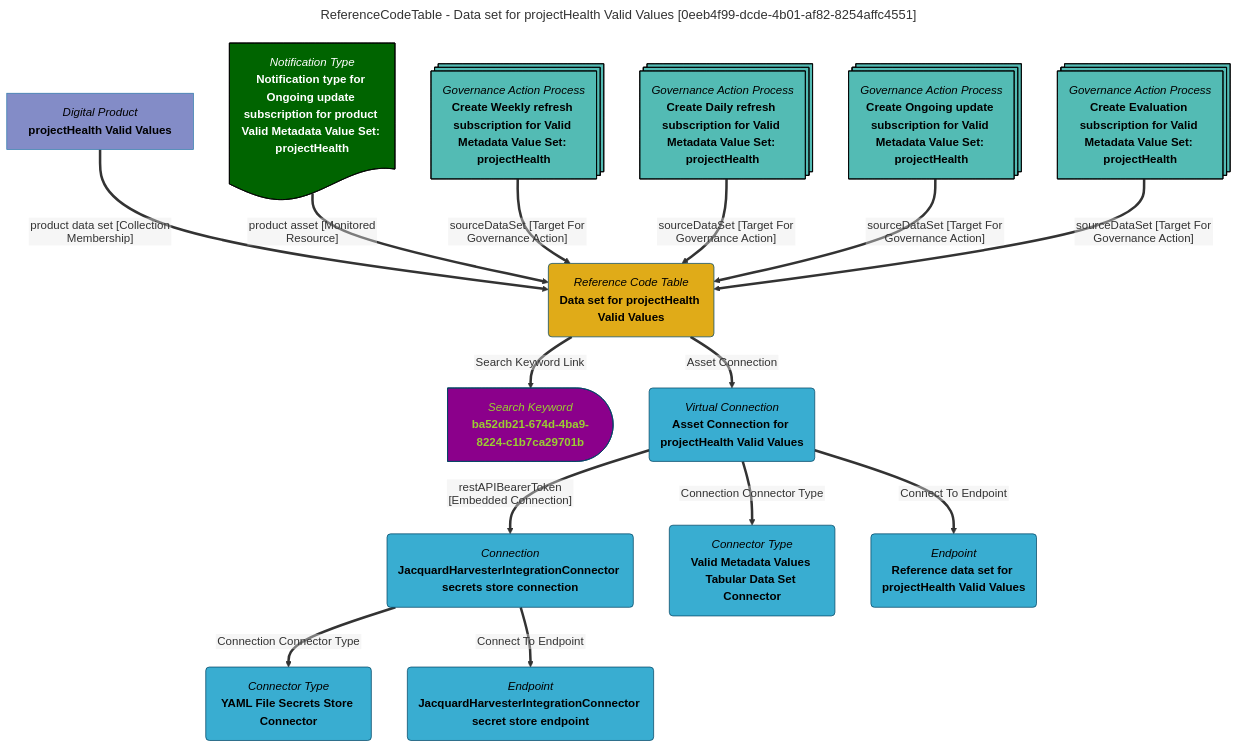
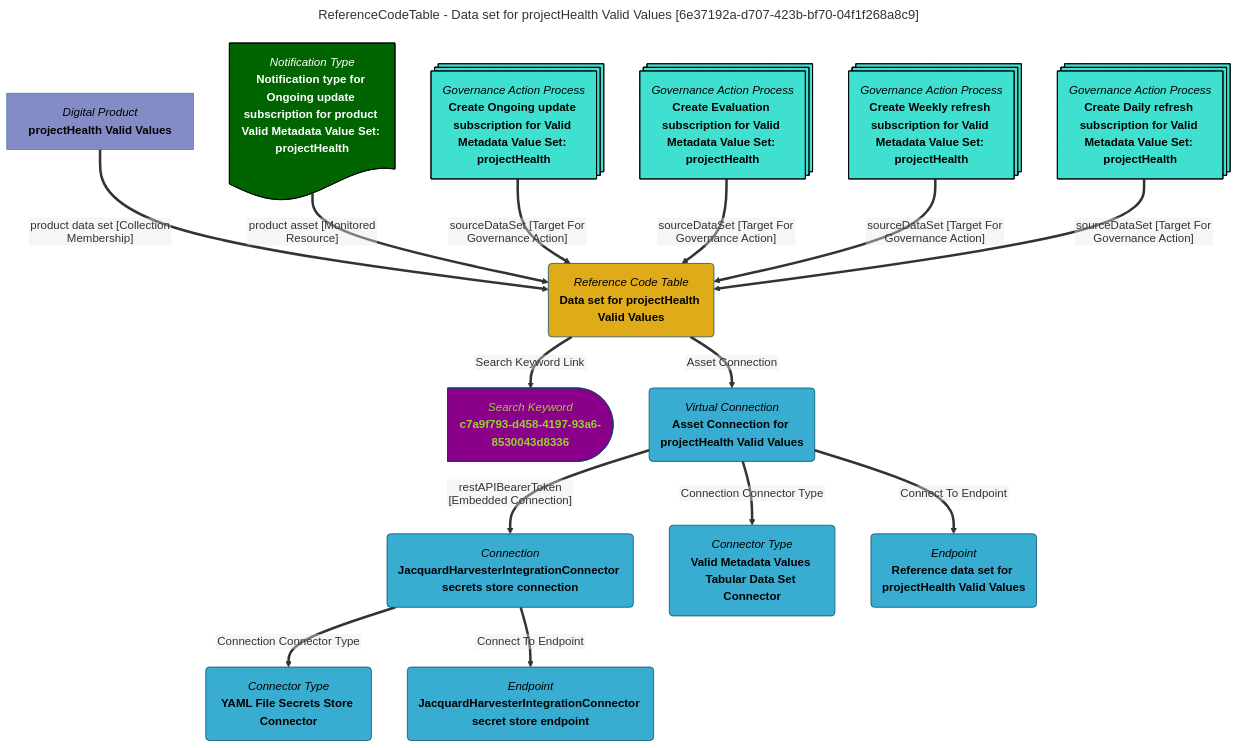
One commit to odpi/egeria-docs changed the diagram in site/snippets/data-assets/data-set-for-projecthealth-valid-values-mermaid-graph.md. Above: the diagram before and after it, drawn with Mermaid. The commit also changed 2201 other files, not shown here.

````diff
--- a/site/snippets/data-assets/data-set-for-projecthealth-valid-values-mermaid-graph.md
+++ b/site/snippets/data-assets/data-set-for-projecthealth-valid-values-mermaid-graph.md
@@ -1,63 +1,63 @@
 ```mermaid
 ---
-title: ReferenceCodeTable - Data set for projectHealth Valid Values [0eeb4f99-dcde-4b01-af82-8254affc4551]
+title: ReferenceCodeTable - Data set for projectHealth Valid Values [6e37192a-d707-423b-bf70-04f1f268a8c9]
 ---
 flowchart TD
 %%{init: {"flowchart": {"htmlLabels": false}} }%%
 
 1@{ shape: rounded, label: "*Reference Code Table*
 **Data set for projectHealth Valid Values**"}
 2@{ shape: delay, label: "*Search Keyword*
-**ba52db21-674d-4ba9-8224-c1b7ca29701b**"}
+**c7a9f793-d458-4197-93a6-8530043d8336**"}
 1==>|"Search Keyword Link"|2
 3@{ shape: rect, label: "*Digital Product*
 **projectHealth Valid Values**"}
 3==>|"product data set [Collection Membership]"|1
 4@{ shape: rounded, label: "*Virtual Connection*
 **Asset Connection for projectHealth Valid Values**"}
 1==>|"Asset Connection"|4
 5@{ shape: rounded, label: "*Connection*
 **JacquardHarvesterIntegrationConnector secrets store connection**"}
 4==>|"restAPIBearerToken [Embedded Connection]"|5
 6@{ shape: rounded, label: "*Connector Type*
 **YAML File Secrets Store Connector**"}
 5==>|"Connection Connector Type"|6
 7@{ shape: rounded, label: "*Endpoint*
 **JacquardHarvesterIntegrationConnector secret store endpoint**"}
 5==>|"Connect To Endpoint"|7
 8@{ shape: rounded, label: "*Connector Type*
 **Valid Metadata Values Tabular Data Set Connector**"}
 4==>|"Connection Connector Type"|8
 9@{ shape: rounded, label: "*Endpoint*
 **Reference data set for projectHealth Valid Values**"}
 4==>|"Connect To Endpoint"|9
 10@{ shape: doc, label: "*Notification Type*
 **Notification type for Ongoing update subscription for product Valid Metadata Value Set: projectHealth**"}
 10==>|"product asset [Monitored Resource]"|1
 11@{ shape: processes, label: "*Governance Action Process*
-**Create Weekly refresh subscription for Valid Metadata Value Set: projectHealth**"}
+**Create Ongoing update subscription for Valid Metadata Value Set: projectHealth**"}
 11==>|"sourceDataSet [Target For Governance Action]"|1
 12@{ shape: processes, label: "*Governance Action Process*
-**Create Daily refresh subscription for Valid Metadata Value Set: projectHealth**"}
+**Create Evaluation subscription for Valid Metadata Value Set: projectHealth**"}
 12==>|"sourceDataSet [Target For Governance Action]"|1
 13@{ shape: processes, label: "*Governance Action Process*
-**Create Ongoing update subscription for Valid Metadata Value Set: projectHealth**"}
+**Create Weekly refresh subscription for Valid Metadata Value Set: projectHealth**"}
 13==>|"sourceDataSet [Target For Governance Action]"|1
 14@{ shape: processes, label: "*Governance Action Process*
-**Create Evaluation subscription for Valid Metadata Value Set: projectHealth**"}
+**Create Daily refresh subscription for Valid Metadata Value Set: projectHealth**"}
 14==>|"sourceDataSet [Target For Governance Action]"|1
-style 11 color:#000000, fill:#53bbb4, stroke:#000000
-style 12 color:#000000, fill:#53bbb4, stroke:#000000
-style 13 color:#000000, fill:#53bbb4, stroke:#000000
-style 14 color:#000000, fill:#53bbb4, stroke:#000000
+style 11 color:#000000, fill:#40E0D0, stroke:#000000
+style 12 color:#000000, fill:#40E0D0, stroke:#000000
+style 13 color:#000000, fill:#40E0D0, stroke:#000000
+style 14 color:#000000, fill:#40E0D0, stroke:#000000
 style 1 color:#000000, fill:#e0ab18, stroke:#004563
-style 2 color:#9acd32, fill:#8b008b, stroke:#004563
+style 2 color:#9ACD32, fill:#8B008B, stroke:#004563
 style 3 color:#000000, fill:#838cc7, stroke:#3079ab
 style 4 color:#000000, fill:#39add1, stroke:#004563
 style 5 color:#000000, fill:#39add1, stroke:#004563
 style 6 color:#000000, fill:#39add1, stroke:#004563
 style 7 color:#000000, fill:#39add1, stroke:#004563
 style 8 color:#000000, fill:#39add1, stroke:#004563
 style 9 color:#000000, fill:#39add1, stroke:#004563
 style 10 color:#FFFFFF, fill:#006400, stroke:#000000
 ```
````
